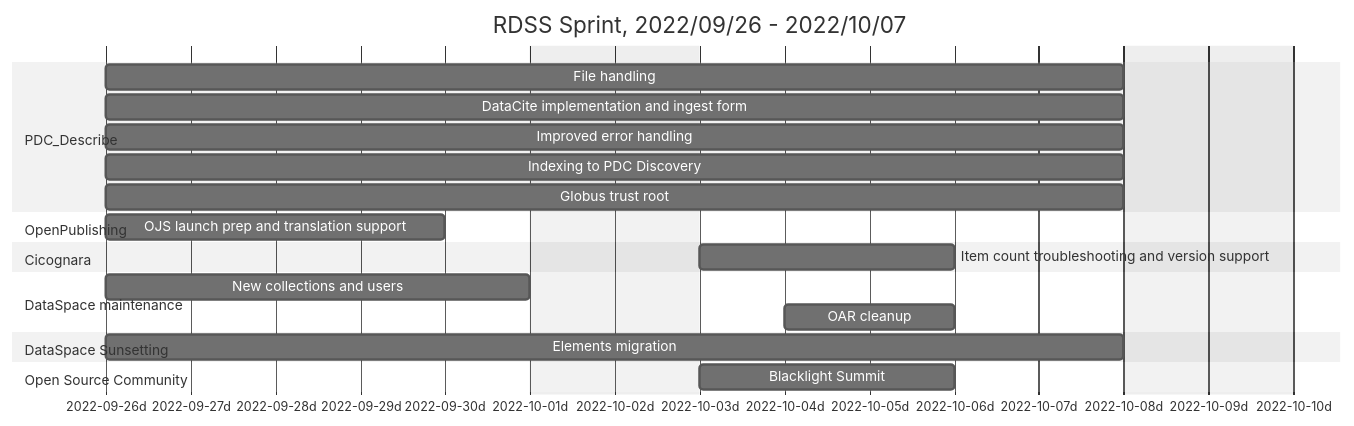
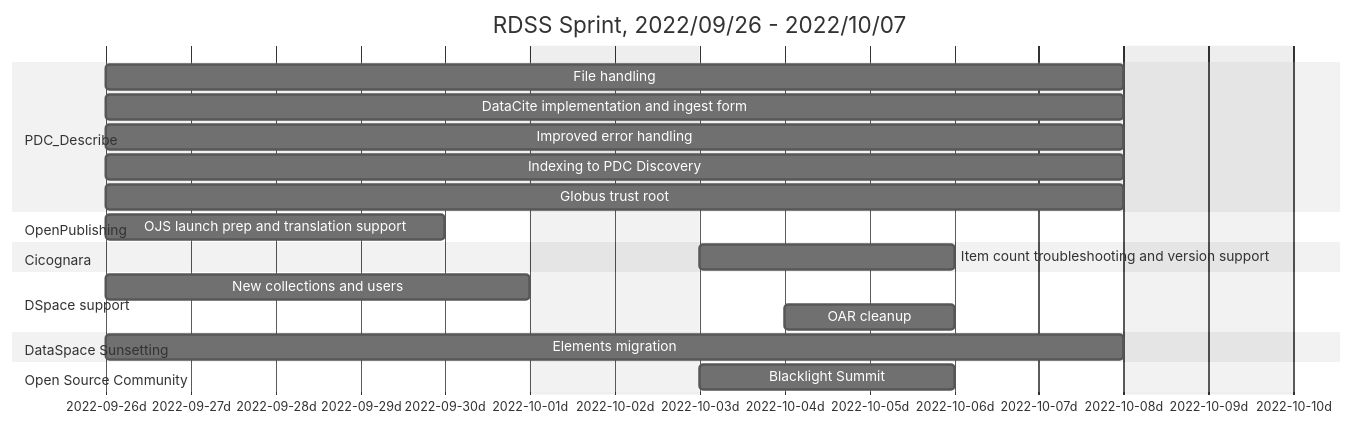
The second of 6 diagrams in roadmap.md (pulibrary/rdss-handbook), drawn with Mermaid (neutral theme) before and after one commit. The commit also changed other lines of this file, not shown here.

Commit message:
Added train timeline

````diff
--- a/roadmap.md
+++ b/roadmap.md
@@ -44,24 +44,24 @@
 ```mermaid
 gantt
     title RDSS Sprint, 2022/09/26 - 2022/10/07
     axisFormat  %Y-%m-%dd
     dateformat YYYY-MM-DD
     excludes    weekends
     section PDC_Describe
     File handling: pd1, 2022-09-26, 10d
     DataCite implementation and ingest form: pd2, 2022-09-26, 10d
     Improved error handling: pd3, 2022-09-26, 10d
     Indexing to PDC Discovery: pd4, 2022-09-26, 10d
     Globus trust root: pd5, 2022-09-26, 10d
     section OpenPublishing
     OJS launch prep and translation support: ojs1, 2022-09-26, 4d
     section Cicognara
     Item count troubleshooting and version support: 2022-10-03, 3d
-    section DataSpace maintenance
+    section DSpace support
     New collections and users: dsm1, 2022-09-26, 5d
     OAR cleanup: dsm2, 2022-10-04, 2d
     section DataSpace Sunsetting
     Elements migration: dss1, 2022-09-26, 10d
     section Open Source Community
     Blacklight Summit: osc1, 2022-10-03, 3d
 ```
````
